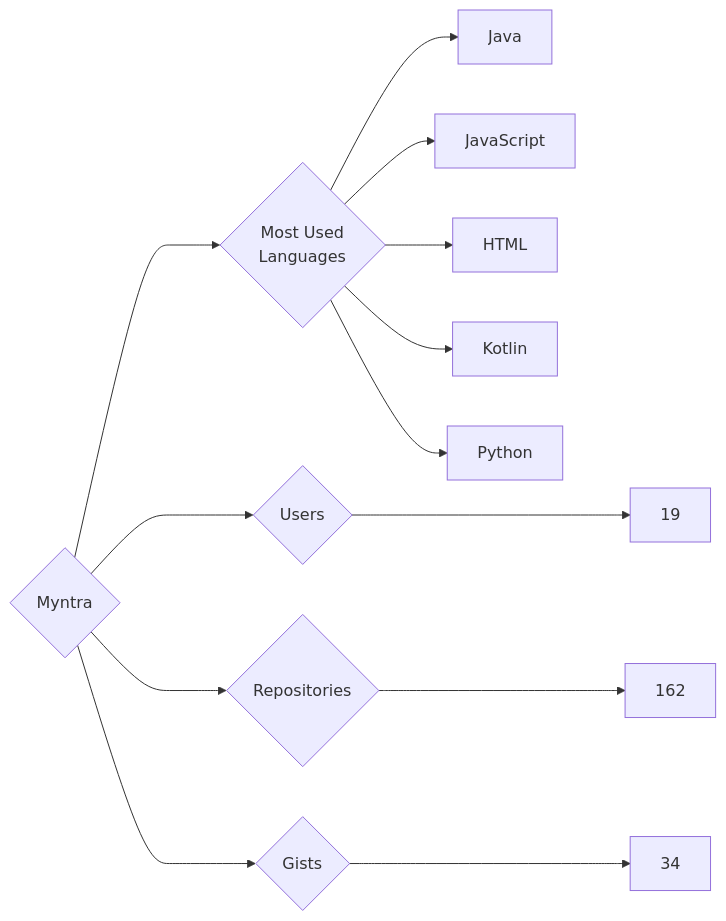
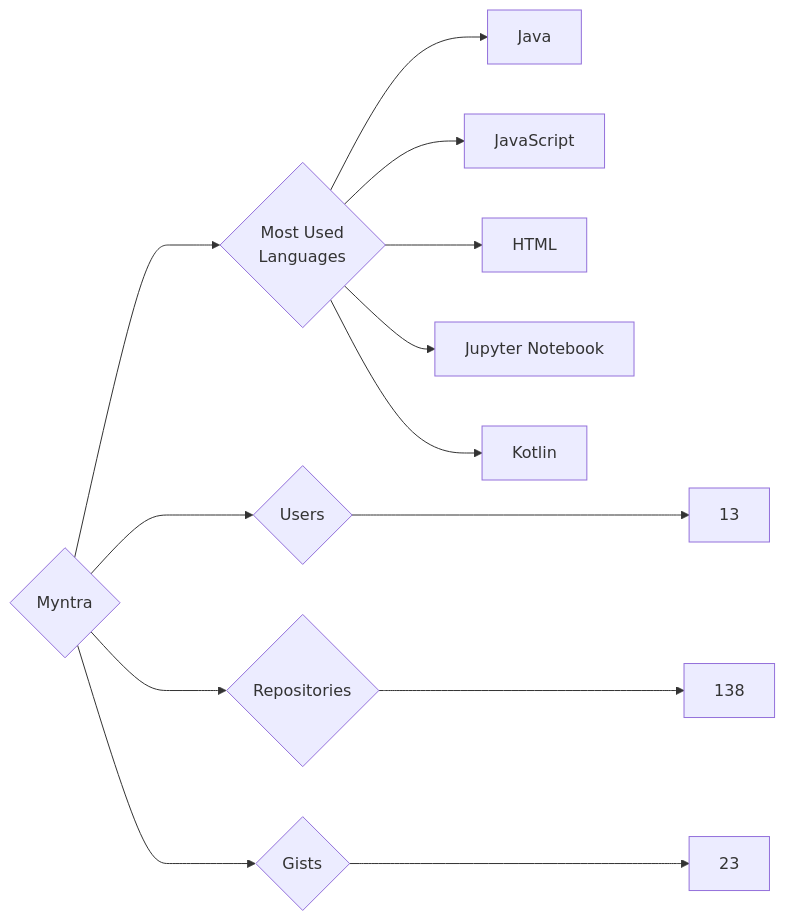
The diagram in targets/Myntra/README.md (trickest/insiders), drawn with Mermaid before and after one commit. The commit also changed 1479 other files, not shown here.

````diff
--- a/targets/Myntra/README.md
+++ b/targets/Myntra/README.md
@@ -3,13 +3,13 @@
 ```mermaid
 graph LR
 COMPANY_NAME{Myntra}
-COMPANY_NAME ---> U{Users} ---> UN[19]
-COMPANY_NAME ---> R{Repositories} ---> RN[162]
-COMPANY_NAME ---> G{Gists} ---> GN[34]
+COMPANY_NAME ---> U{Users} ---> UN[13]
+COMPANY_NAME ---> R{Repositories} ---> RN[138]
+COMPANY_NAME ---> G{Gists} ---> GN[23]
 COMPANY_NAME ---> ML{Most Used<br>Languages}
 ML --> Java[Java]
 ML --> JavaScript[JavaScript]
 ML --> HTML[HTML]
+ML --> Jupyter_Notebook[Jupyter Notebook]
 ML --> Kotlin[Kotlin]
-ML --> Python[Python]
 ```
````
